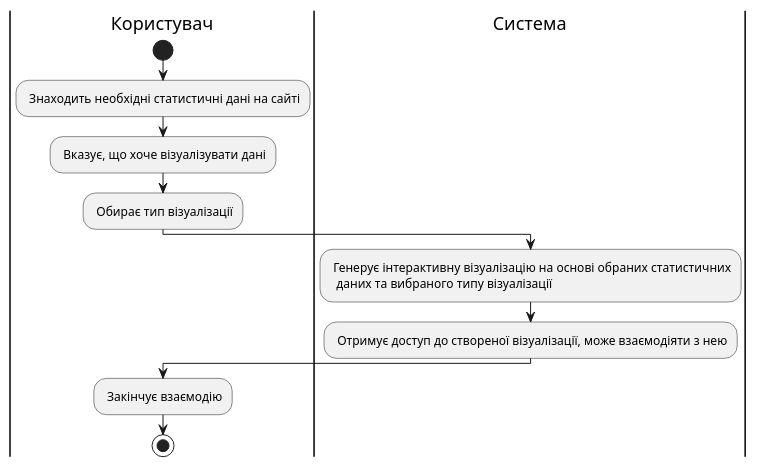
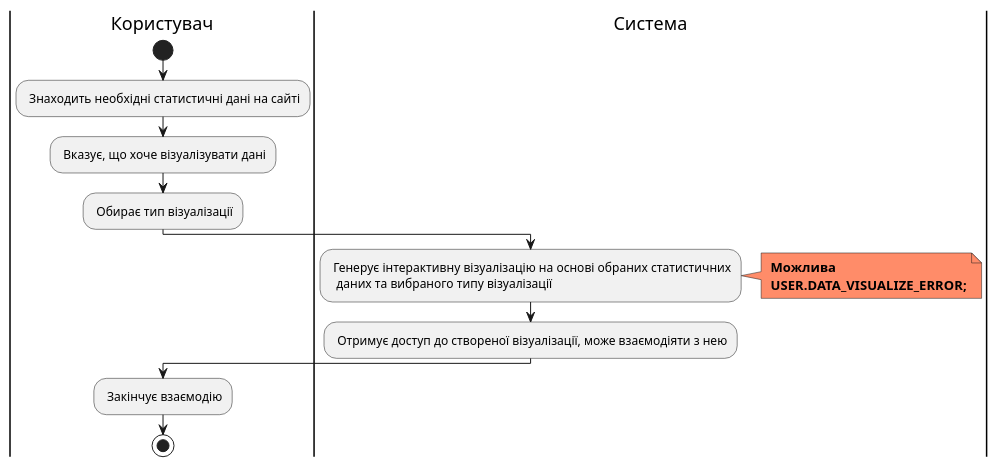
The ninth of 9 diagrams in docs/use cases/README.md (edu-db/edu_db_labs), drawn with PlantUML before and after one commit.

Commit message:
Add missing note

```diff
--- a/docs/use cases/README.md
+++ b/docs/use cases/README.md
@@ -536,18 +536,24 @@
 @startuml
 
 |Користувач|
 start;
 : Знаходить необхідні статистичні дані на сайті;
 : Вказує, що хоче візуалізувати дані;
 : Обирає тип візуалізації;  
 
 |Система|
 : Генерує інтерактивну візуалізацію на основі обраних статистичних
   даних та вибраного типу візуалізації;
+  
+  note right #ff8c69
+<b> Можлива
+<b> USER.DATA_VISUALIZE_ERROR;
+end note
+
 : Отримує доступ до створеної візуалізації, може взаємодіяти з нею;
 
 |Користувач|
  : Закінчує взаємодію;
   stop;
 
 @enduml
```
